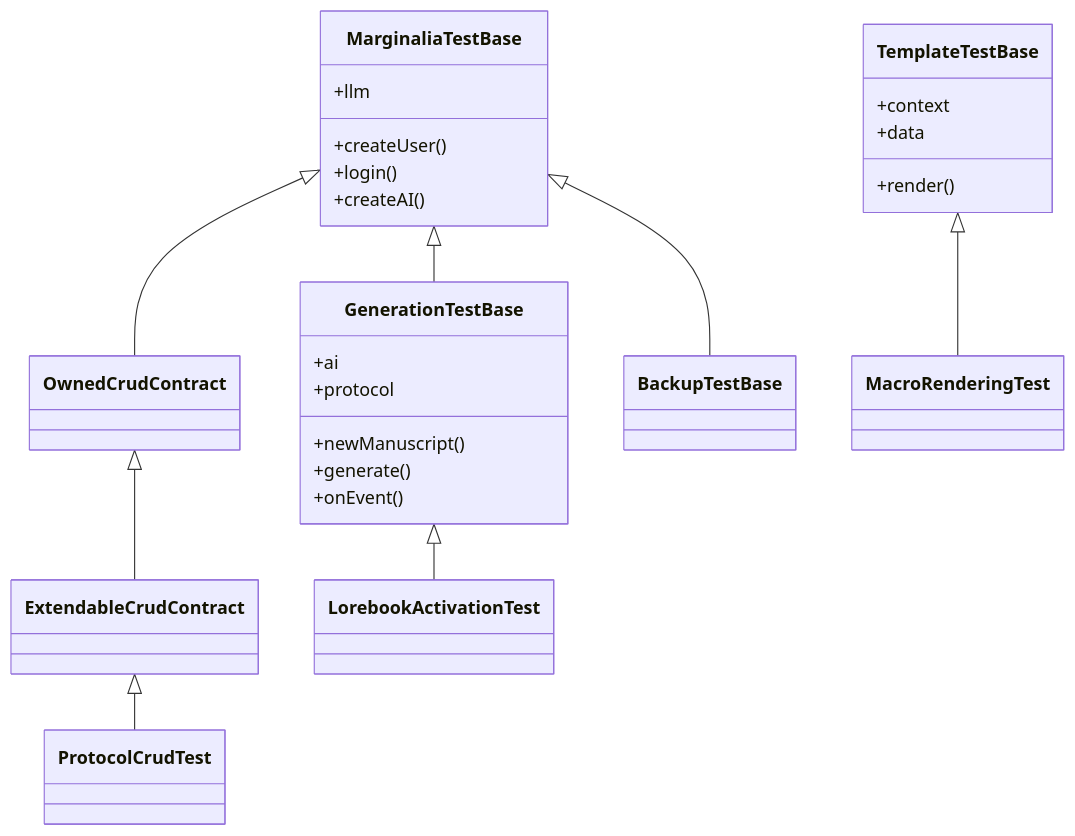
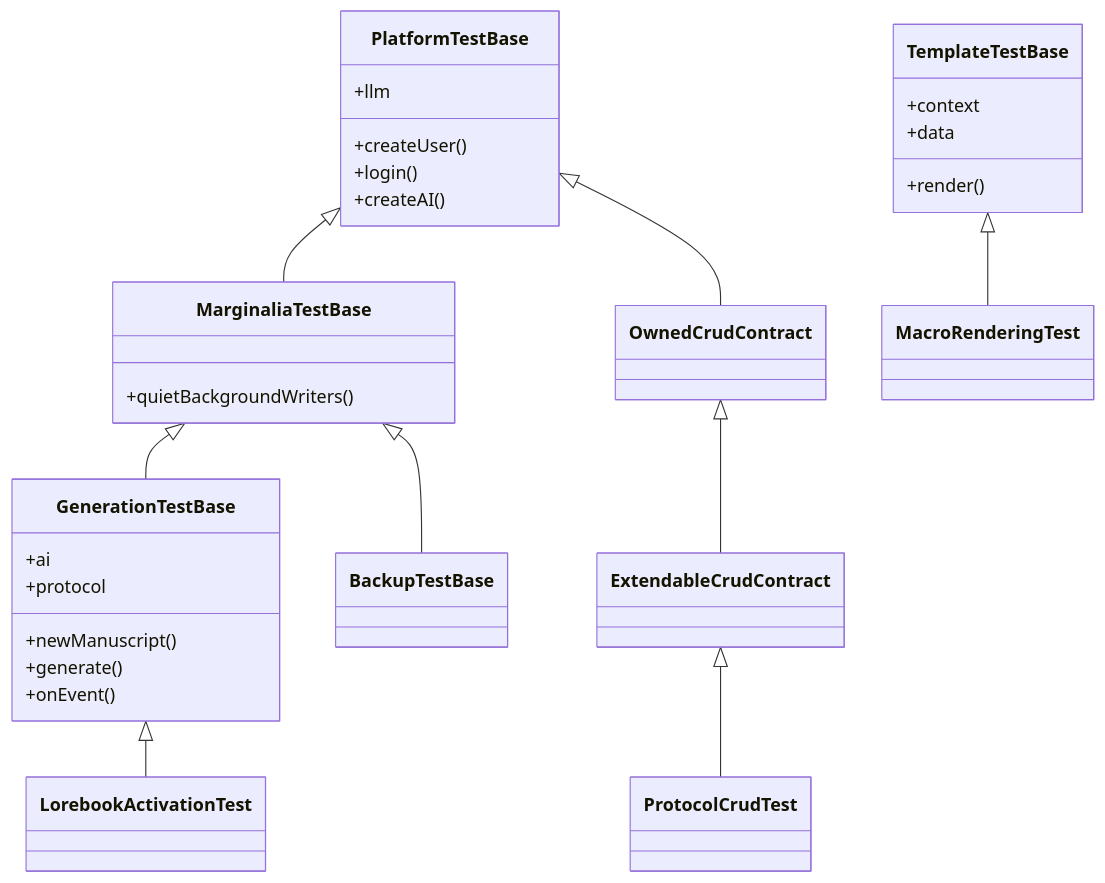
Before and after one commit to Enerccio/Marginalia: the diagram in manual/developer/testing.md, drawn with Mermaid. The commit also changed other lines of this file and 7 other files, not shown here.

First line of the commit message:
Tests: PlatformTestBase under MarginaliaTestBase, layer check for shared test code

````diff
--- a/manual/developer/testing.md
+++ b/manual/developer/testing.md
@@ -156,28 +156,32 @@
 ```mermaid
 classDiagram
+    PlatformTestBase <|-- MarginaliaTestBase
+    PlatformTestBase <|-- OwnedCrudContract
     MarginaliaTestBase <|-- GenerationTestBase
-    MarginaliaTestBase <|-- OwnedCrudContract
     OwnedCrudContract <|-- ExtendableCrudContract
     MarginaliaTestBase <|-- BackupTestBase
     GenerationTestBase <|-- LorebookActivationTest
     ExtendableCrudContract <|-- ProtocolCrudTest
     TemplateTestBase <|-- MacroRenderingTest
-    class MarginaliaTestBase {
+    class PlatformTestBase {
         +llm
         +createUser()
         +login()
         +createAI()
+    }
+    class MarginaliaTestBase {
+        +quietBackgroundWriters()
     }
     class GenerationTestBase {
         +ai
         +protocol
         +newManuscript()
         +generate()
         +onEvent()
     }
     class TemplateTestBase {
         +context
         +data
         +render()
     }
 ```
````
